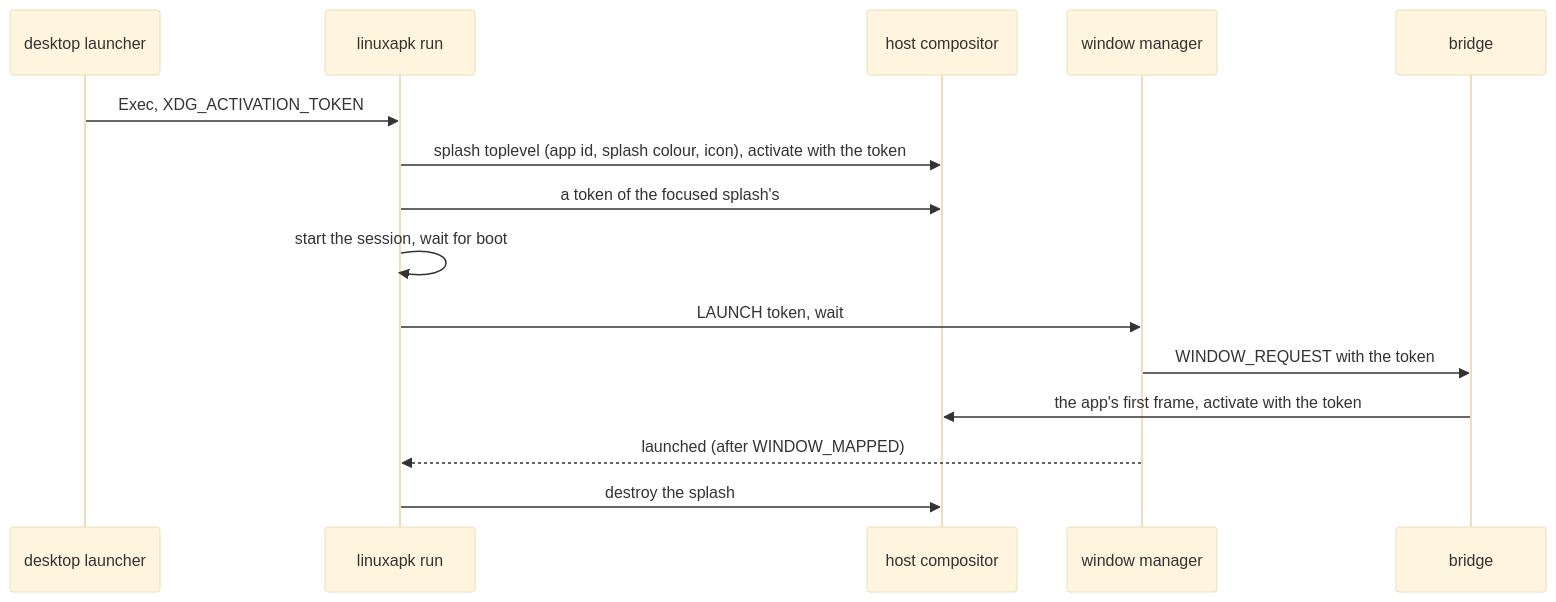
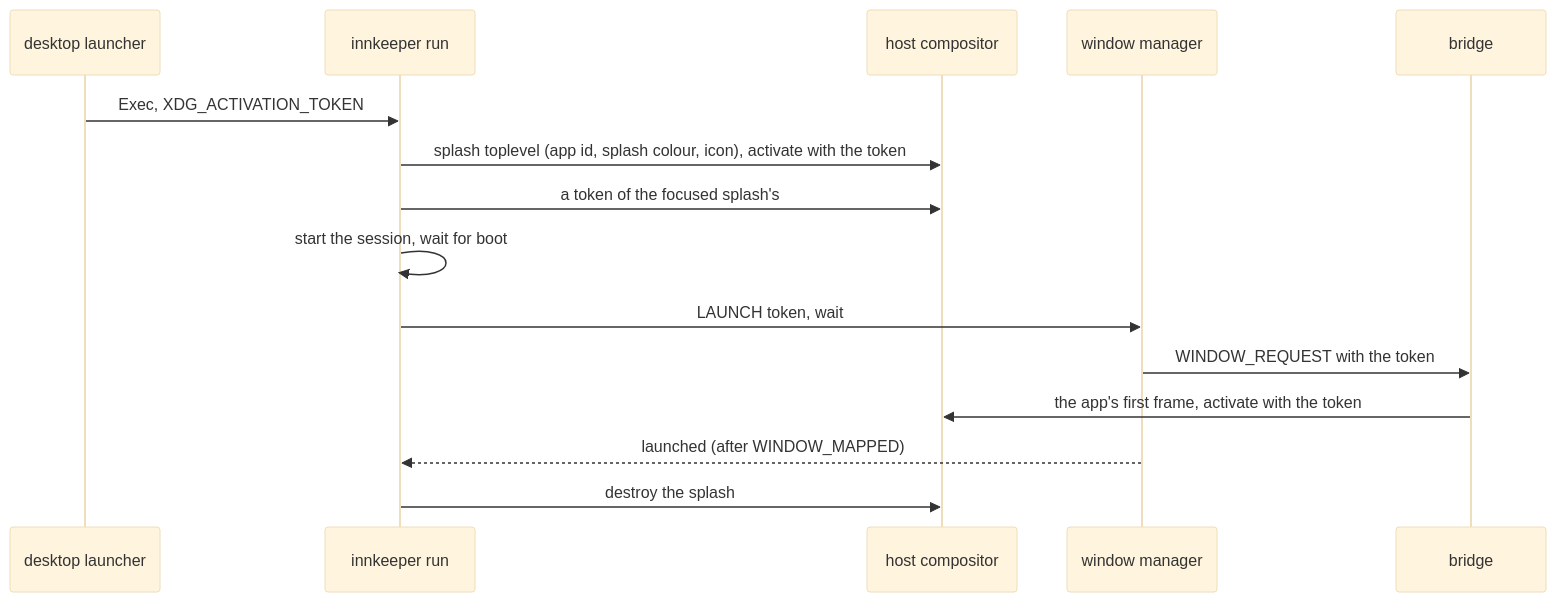
One commit to sargunv/innkeeper changed the second of 2 diagrams in docs/display.md. Above: the diagram before and after it, drawn with Mermaid (base theme). The commit also changed other lines of this file and 671 other files, not shown here.

````diff
--- a/docs/display.md
+++ b/docs/display.md
@@ -296,17 +296,17 @@
 ```mermaid
 sequenceDiagram
   participant D as desktop launcher
-  participant C as linuxapk run
+  participant C as innkeeper run
   participant WL as host compositor
   participant WM as window manager
   participant BR as bridge
   D->>C: Exec, XDG_ACTIVATION_TOKEN
   C->>WL: splash toplevel (app id, splash colour, icon), activate with the token
   C->>WL: a token of the focused splash's
   C->>C: start the session, wait for boot
   C->>WM: LAUNCH token, wait
   WM->>BR: WINDOW_REQUEST with the token
   BR->>WL: the app's first frame, activate with the token
   WM-->>C: launched (after WINDOW_MAPPED)
   C->>WL: destroy the splash
 ```
````
